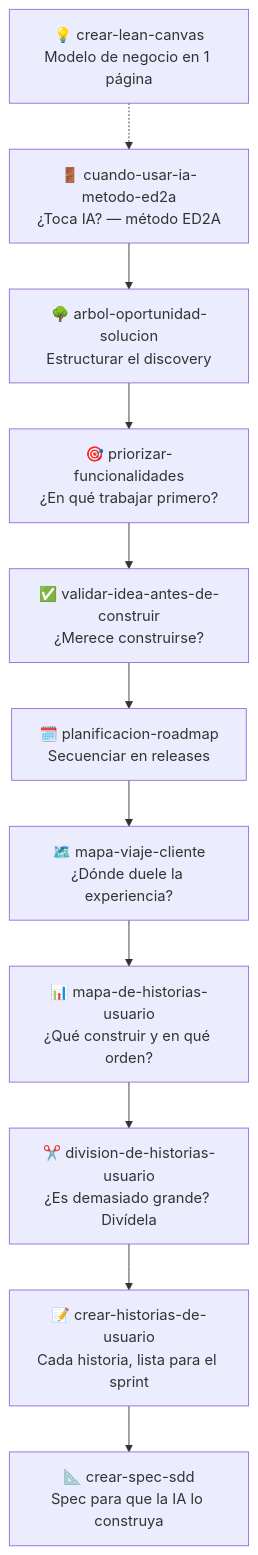
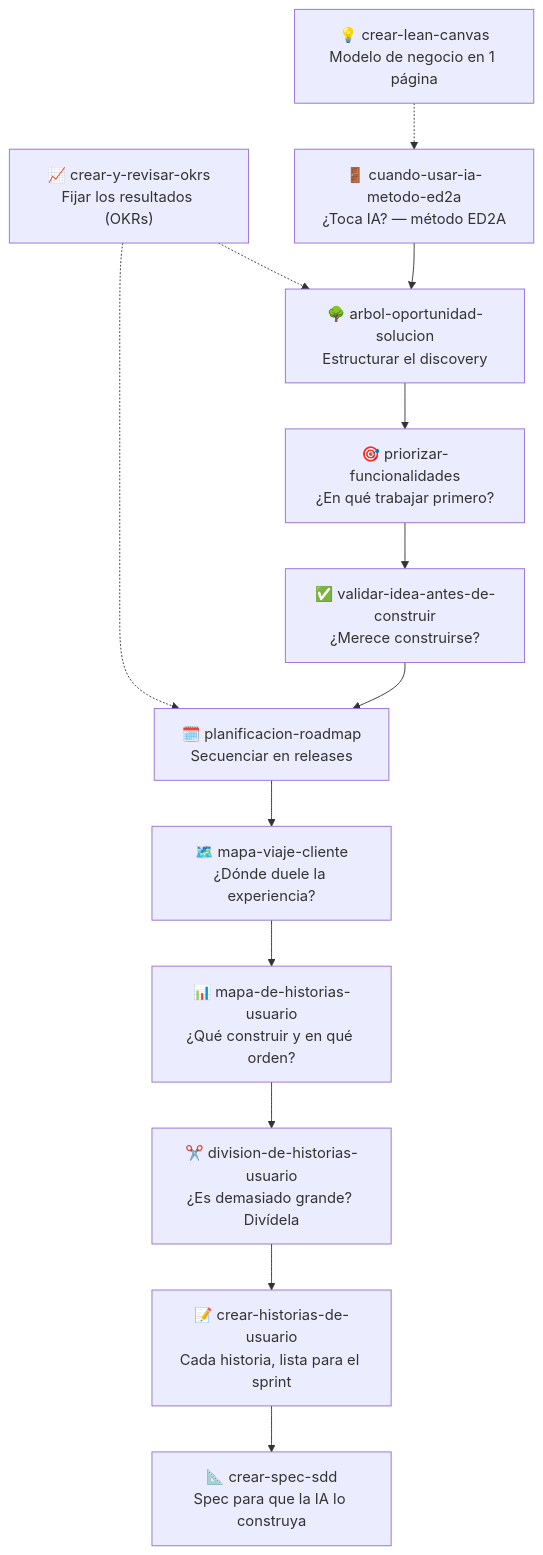
One commit to javier-garzas/ia-product-management changed the diagram in README.md. Above: the diagram before and after it, drawn with Mermaid. The commit also changed other lines of this file and 1 other file, not shown here.

Commit message:
Anade la skill crear-y-revisar-okrs (metodo OKR de Javier Garzas) y actualiza contador a 12

````diff
--- a/README.md
+++ b/README.md
@@ -32,16 +32,19 @@
 ```mermaid
 flowchart TD
     LC["💡 crear-lean-canvas<br/>Modelo de negocio en 1 página"]
+    OK["📈 crear-y-revisar-okrs<br/>Fijar los resultados (OKRs)"]
     A["🚪 cuando-usar-ia-metodo-ed2a<br/>¿Toca IA? — método ED2A"]
     T["🌳 arbol-oportunidad-solucion<br/>Estructurar el discovery"]
     P["🎯 priorizar-funcionalidades<br/>¿En qué trabajar primero?"]
     B["✅ validar-idea-antes-de-construir<br/>¿Merece construirse?"]
     R["🗓️ planificacion-roadmap<br/>Secuenciar en releases"]
     C["🗺️ mapa-viaje-cliente<br/>¿Dónde duele la experiencia?"]
     D["📊 mapa-de-historias-usuario<br/>¿Qué construir y en qué orden?"]
     G["✂️ division-de-historias-usuario<br/>¿Es demasiado grande? Divídela"]
     E["📝 crear-historias-de-usuario<br/>Cada historia, lista para el sprint"]
     F["📐 crear-spec-sdd<br/>Spec para que la IA lo construya"]
     LC -.-> A
+    OK -.-> T
+    OK -.-> R
     A --> T --> P --> B --> R --> C --> D --> G --> E --> F
 ```
````
